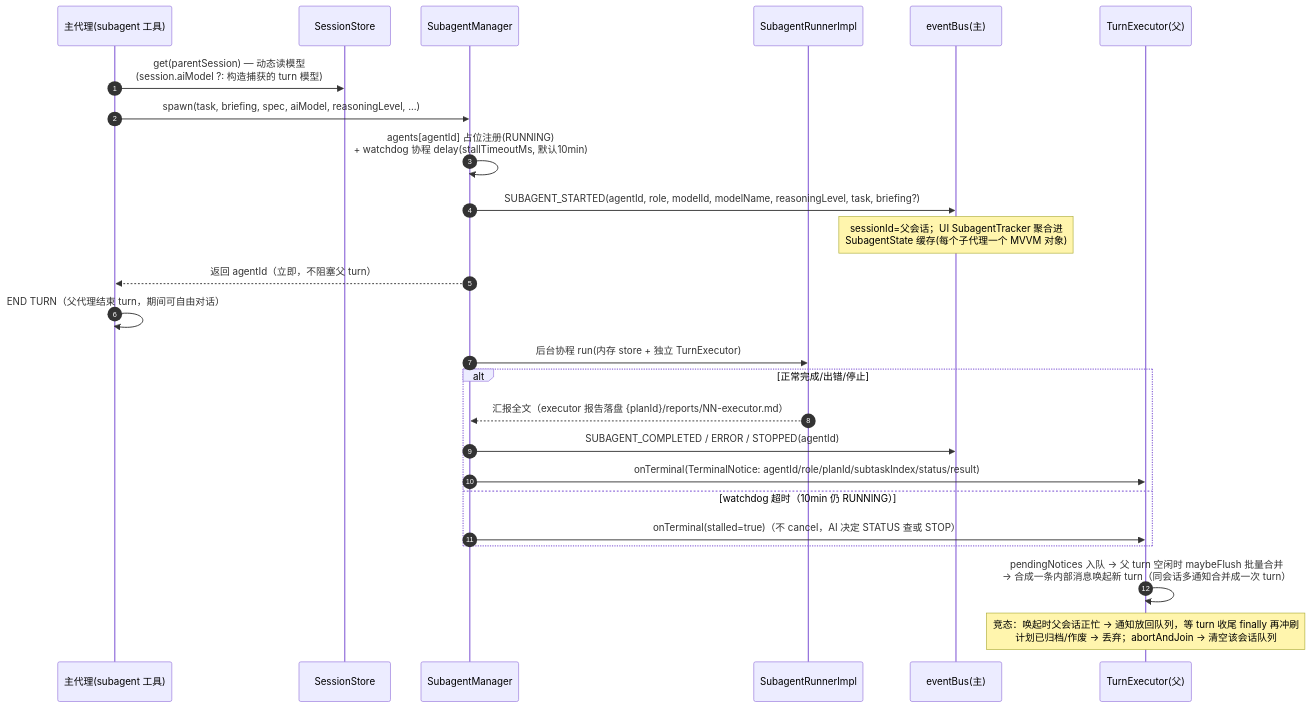
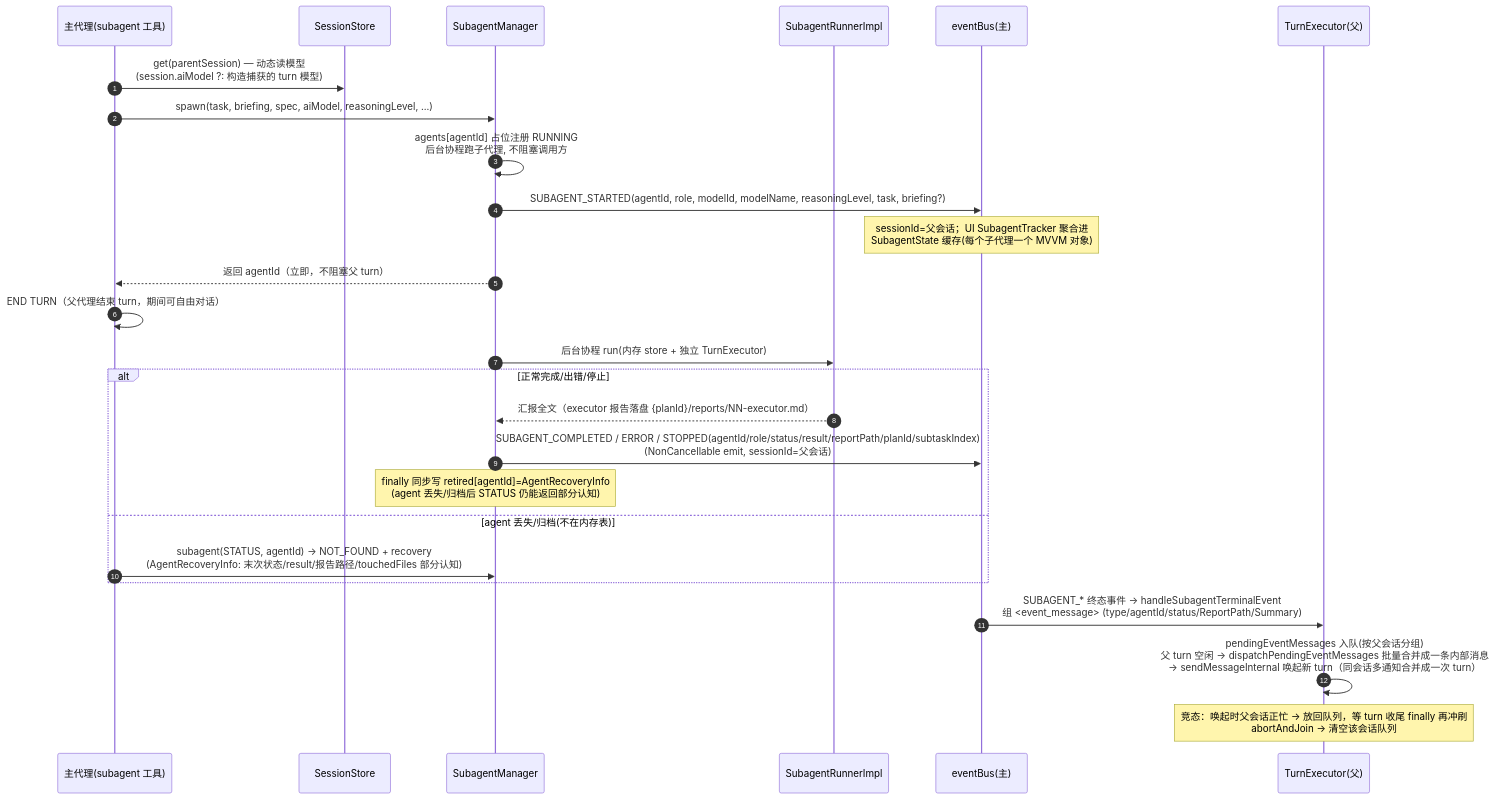
One commit to lzdev42/mederi changed the seventh of 18 diagrams in docs/architecture/04-flows.md. Above: the diagram before and after it, drawn with Mermaid. The commit also changed other lines of this file and 75 other files, not shown here.

````diff
--- a/docs/architecture/04-flows.md
+++ b/docs/architecture/04-flows.md
@@ -205,28 +253,29 @@
 ```mermaid
 sequenceDiagram
     autonumber
     participant M as 主代理(subagent 工具)
     participant SS as SessionStore
     participant SM as SubagentManager
     participant SR as SubagentRunnerImpl
     participant EB as eventBus(主)
     participant TE as TurnExecutor(父)
 
     M->>SS: get(parentSession) — 动态读模型<br/>(session.aiModel ?: 构造捕获的 turn 模型)
     M->>SM: spawn(task, briefing, spec, aiModel, reasoningLevel, ...)
-    SM->>SM: agents[agentId] 占位注册(RUNNING)<br/>+ watchdog 协程 delay(stallTimeoutMs, 默认10min)
+    SM->>SM: agents[agentId] 占位注册 RUNNING<br/>后台协程跑子代理, 不阻塞调用方
     SM->>EB: SUBAGENT_STARTED(agentId, role, modelId, modelName, reasoningLevel, task, briefing?)
     Note over EB: sessionId=父会话；UI SubagentTracker 聚合进<br/>SubagentState 缓存(每个子代理一个 MVVM 对象)
     SM-->>M: 返回 agentId（立即，不阻塞父 turn）
     M->>M: END TURN（父代理结束 turn，期间可自由对话）
     SM->>SR: 后台协程 run(内存 store + 独立 TurnExecutor)
     alt 正常完成/出错/停止
         SR-->>SM: 汇报全文（executor 报告落盘 {planId}/reports/NN-executor.md）
-        SM->>EB: SUBAGENT_COMPLETED / ERROR / STOPPED(agentId)
-        SM->>TE: onTerminal(TerminalNotice: agentId/role/planId/subtaskIndex/status/result)
-    else watchdog 超时（10min 仍 RUNNING）
-        SM->>TE: onTerminal(stalled=true)（不 cancel，AI 决定 STATUS 查或 STOP）
+        SM->>EB: SUBAGENT_COMPLETED / ERROR / STOPPED(agentId/role/status/result/reportPath/planId/subtaskIndex)<br/>(NonCancellable emit, sessionId=父会话)
+        Note over SM: finally 同步写 retired[agentId]=AgentRecoveryInfo<br/>(agent 丢失/归档后 STATUS 仍能返回部分认知)
+    else agent 丢失/归档(不在内存表)
+        M->>SM: subagent(STATUS, agentId) → NOT_FOUND + recovery<br/>(AgentRecoveryInfo: 末次状态/result/报告路径/touchedFiles 部分认知)
     end
-    TE->>TE: pendingNotices 入队 → 父 turn 空闲时 maybeFlush 批量合并<br/>→ 合成一条内部消息唤起新 turn（同会话多通知合并成一次 turn）
-    Note over TE: 竞态：唤起时父会话正忙 → 通知放回队列，等 turn 收尾 finally 再冲刷<br/>计划已归档/作废 → 丢弃；abortAndJoin → 清空该会话队列
+    EB->>TE: SUBAGENT_* 终态事件 → handleSubagentTerminalEvent<br/>组 <event_message> (type/agentId/status/ReportPath/Summary)
+    TE->>TE: pendingEventMessages 入队(按父会话分组)<br/>父 turn 空闲 → dispatchPendingEventMessages 批量合并成一条内部消息<br/>→ sendMessageInternal 唤起新 turn（同会话多通知合并成一次 turn）
+    Note over TE: 竞态：唤起时父会话正忙 → 放回队列，等 turn 收尾 finally 再冲刷<br/>abortAndJoin → 清空该会话队列
 ```
````
